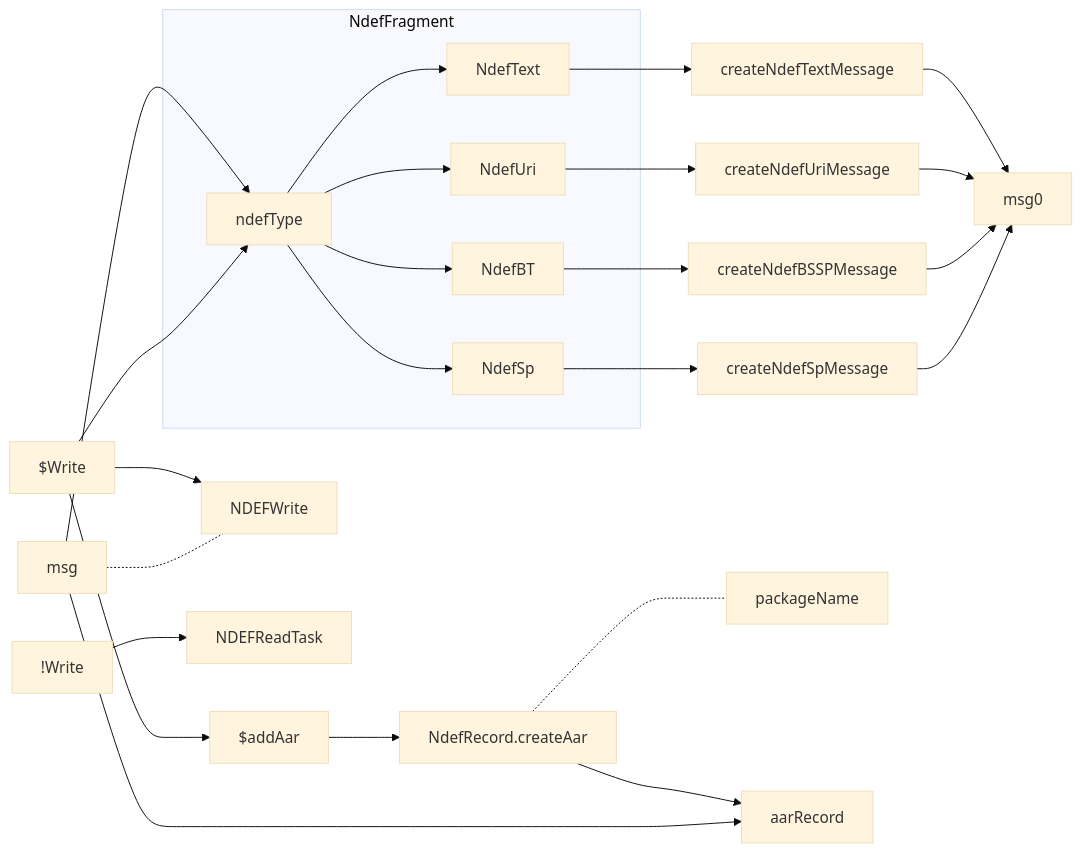
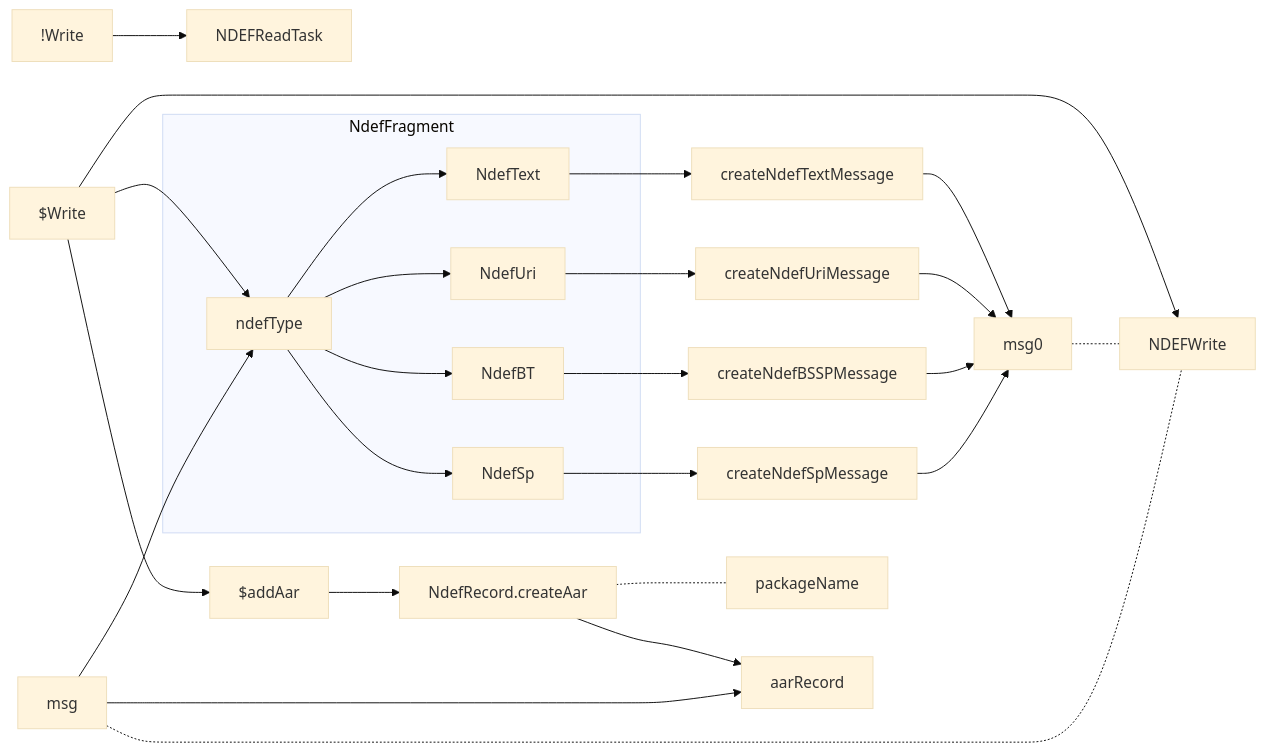
One commit to gordianknotC/nxp_note changed the diagram in nxp/Demo.md. Above: the diagram before and after it, drawn with Mermaid (base theme). The commit also changed other lines of this file, not shown here.

````diff
--- a/nxp/Demo.md
+++ b/nxp/Demo.md
@@ -7,46 +7,44 @@
 ``` mermaid
 graph LR
  
 $Write
 !Write
 $addAar
 
 subgraph NdefFragment
 	NdefText
 	NdefUri
 	NdefBT
 	NdefSp
 	ndefType
 end
 
 msg --> ndefType
 $Write --> NDEFWrite
 $Write --> ndefType
 $Write --> $addAar
 !Write --> NDEFReadTask
 
 ndefType --> NdefText
 ndefType --> NdefUri
 ndefType --> NdefBT
 ndefType --> NdefSp
 
 NdefText --> createNdefTextMessage
 NdefUri --> createNdefUriMessage
 NdefBT --> createNdefBSSPMessage
 NdefSp --> createNdefSpMessage
 createNdefTextMessage --> msg0
 createNdefUriMessage --> msg0
 createNdefBSSPMessage --> msg0
 createNdefSpMessage --> msg0
 
 $addAar --> NdefRecord.createAar
 NdefRecord.createAar -.- packageName
 NdefRecord.createAar --> aarRecord
 
 msg --> aarRecord
 msg -.- NDEFWrite
-
-
-
+msg0 -.- NDEFWrite
 
 ```
````
